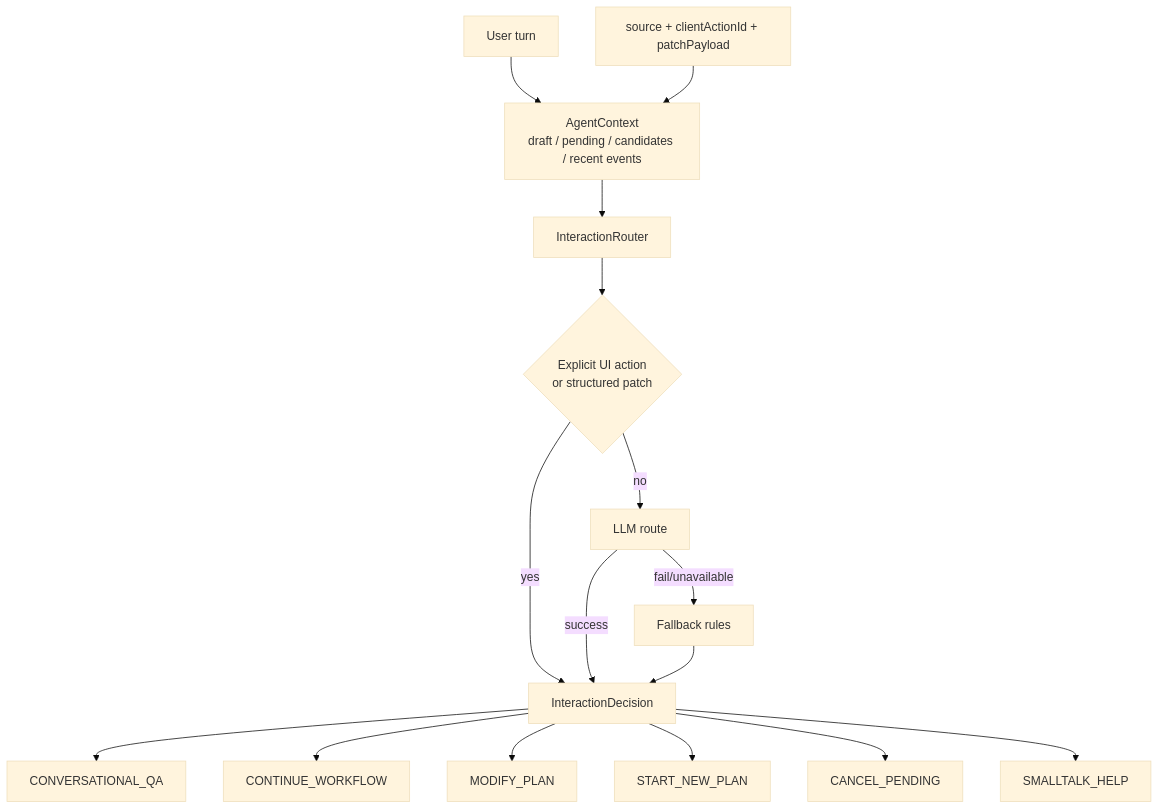
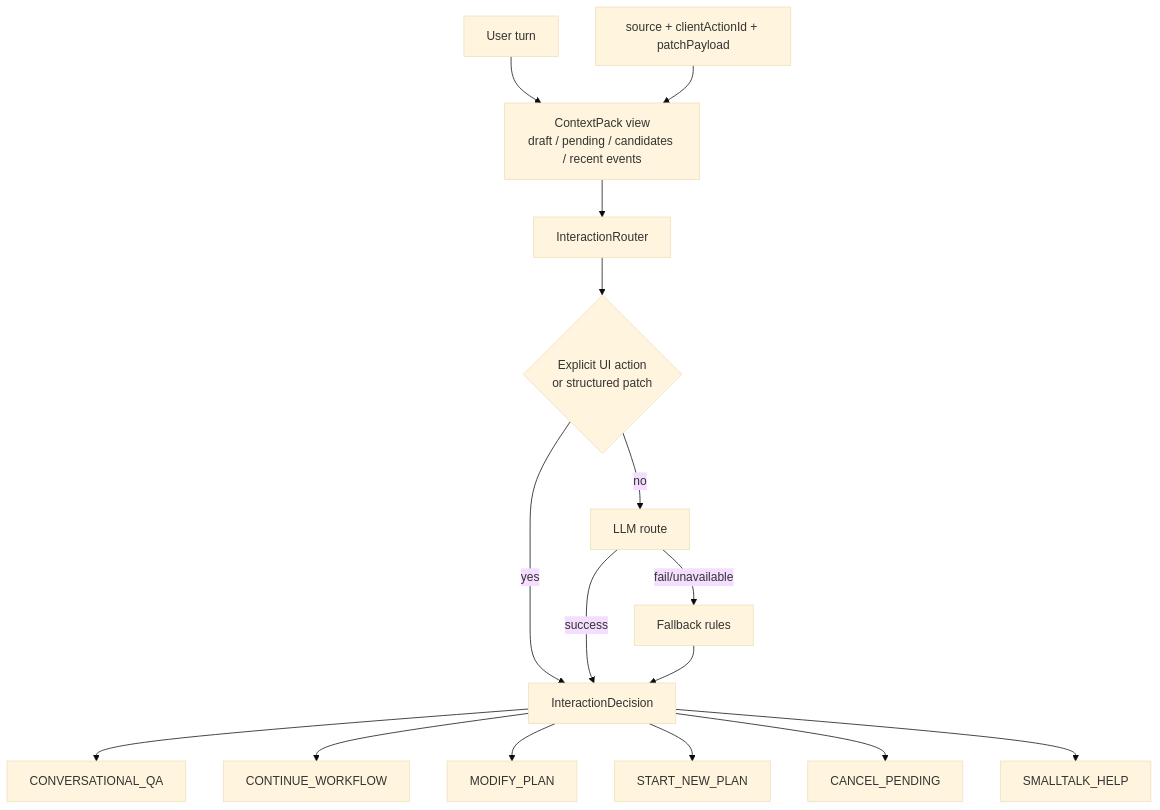
The fourth of 9 diagrams in docs/INTERACTION_ROUTING_ARCHITECTURE.md (zenojor/plan-pal), drawn with Mermaid (base theme) before and after one commit. The commit also changed other lines of this file and 60 other files, not shown here.

First line of the commit message:
更新使用Spring AI Alibaba框架 统一上下文和工具调用层 feat: Implement new context and graph structures for planning engine

````diff
--- a/docs/INTERACTION_ROUTING_ARCHITECTURE.md
+++ b/docs/INTERACTION_ROUTING_ARCHITECTURE.md
@@ -216,28 +220,28 @@
 ```mermaid
 flowchart TD
   Input["User turn"]
-  Context["AgentContext<br/>draft / pending / candidates / recent events"]
+  Context["ContextPack view<br/>draft / pending / candidates / recent events"]
   Source["source + clientActionId + patchPayload"]
   Router["InteractionRouter"]
   Explicit{"Explicit UI action<br/>or structured patch"}
   LLM["LLM route"]
   Rules["Fallback rules"]
   Decision["InteractionDecision"]
 
   Input --> Context
   Source --> Context
   Context --> Router
   Router --> Explicit
   Explicit -- yes --> Decision
   Explicit -- no --> LLM
   LLM -- success --> Decision
   LLM -- fail/unavailable --> Rules
   Rules --> Decision
 
   Decision --> QA["CONVERSATIONAL_QA"]
   Decision --> Continue["CONTINUE_WORKFLOW"]
   Decision --> Modify["MODIFY_PLAN"]
   Decision --> NewPlan["START_NEW_PLAN"]
   Decision --> Cancel["CANCEL_PENDING"]
   Decision --> Help["SMALLTALK_HELP"]
 ```
````
